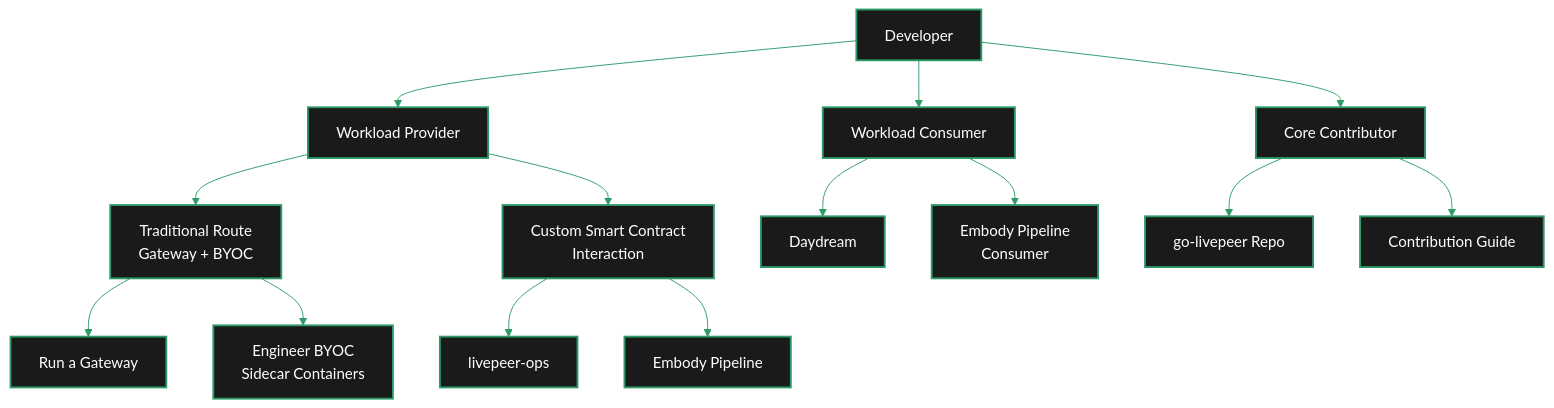
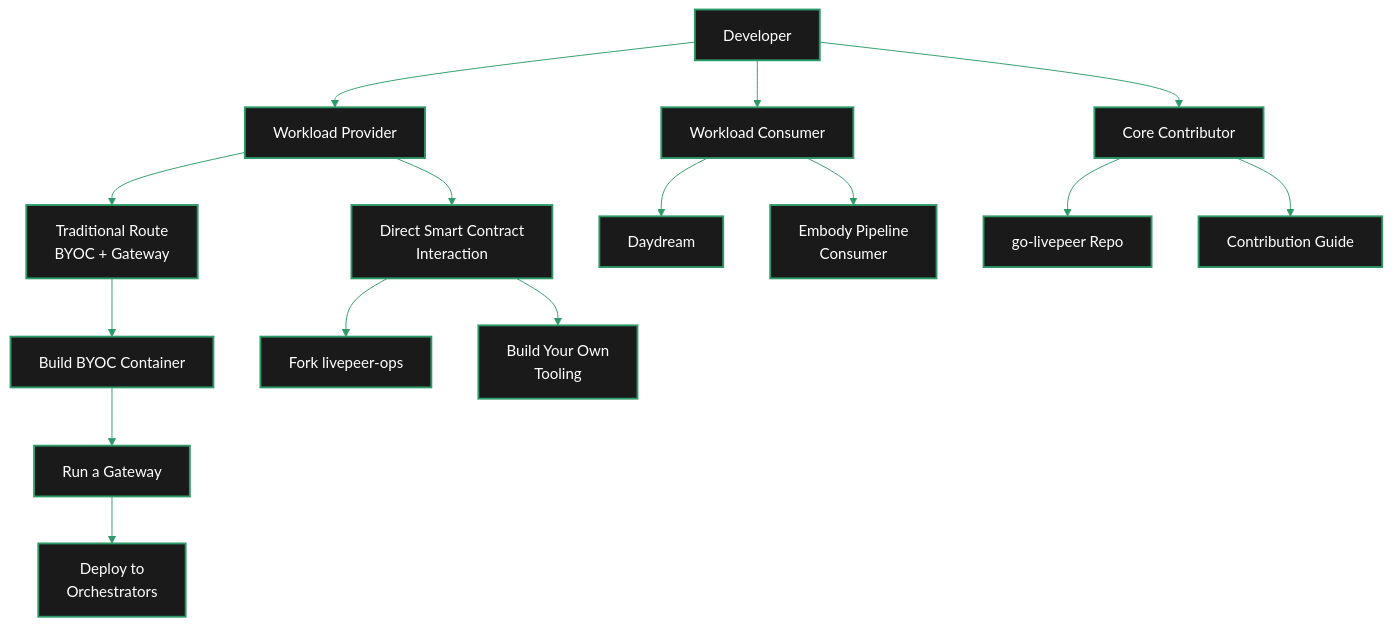
The diagram in v2/developers/developer-journey.mdx (its-DeFine/docs), drawn with Mermaid before and after one commit. The commit also changed other lines of this file, not shown here.

````diff
--- a/v2/developers/developer-journey.mdx
+++ b/v2/developers/developer-journey.mdx
@@ -27,24 +27,25 @@
 ```mermaid
 %%{init: {'theme': 'base', 'themeVariables': { 'primaryColor': '#1a1a1a', 'primaryTextColor': '#fff', 'primaryBorderColor': '#2d9a67', 'lineColor': '#2d9a67', 'secondaryColor': '#0d0d0d', 'tertiaryColor': '#1a1a1a', 'background': '#0d0d0d', 'fontFamily': 'system-ui', 'clusterBkg': 'rgba(255,255,255,0.05)', 'clusterBorder': '#2d9a67' }}}%%
 flowchart TD
     classDef default stroke-width:2px
 
     Start["Developer"] --> WP["Workload Provider"]
     Start --> WC["Workload Consumer"]
     Start --> CC["Core Contributor"]
 
-    WP --> TR["Traditional Route<br/>Gateway + BYOC"]
-    WP --> SC["Custom Smart Contract<br/>Interaction"]
+    WP --> TR["Traditional Route<br/>BYOC + Gateway"]
+    WP --> SC["Direct Smart Contract<br/>Interaction"]
 
-    TR --> GW["Run a Gateway"]
-    TR --> BYOC["Engineer BYOC<br/>Sidecar Containers"]
+    TR --> BYOC["Build BYOC Container"]
+    BYOC --> GW["Run a Gateway"]
+    GW --> DEPLOY["Deploy to<br/>Orchestrators"]
 
-    SC --> OPS["livepeer-ops"]
-    SC --> EMB["Embody Pipeline"]
+    SC --> OPS["Fork livepeer-ops"]
+    SC --> CUSTOM["Build Your Own<br/>Tooling"]
 
     WC --> DD["Daydream"]
     WC --> EP["Embody Pipeline<br/>Consumer"]
 
     CC --> REPO["go-livepeer Repo"]
     CC --> CG["Contribution Guide"]
 ```
````
